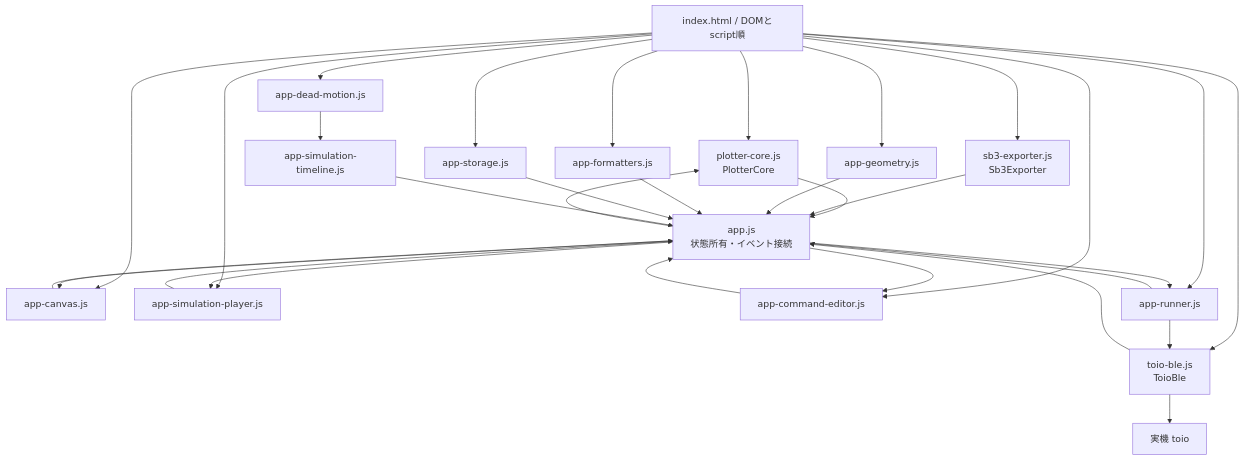
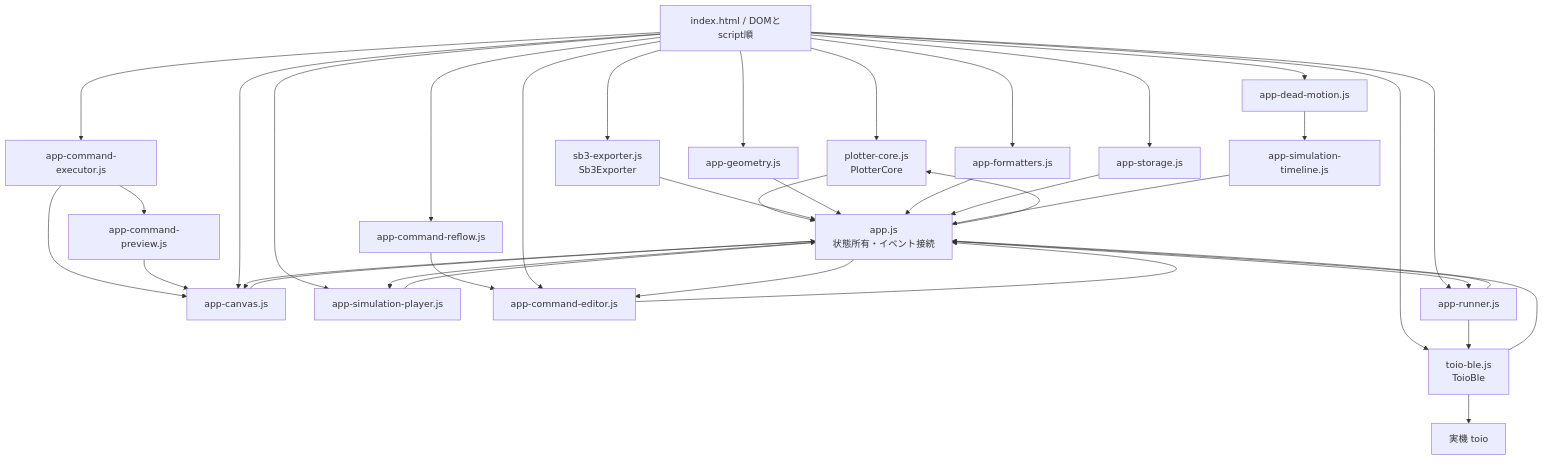
The first of 4 diagrams in docs/architecture.md (u-akira/toio-gcode-generator), drawn with Mermaid before and after one commit. The commit also changed other lines of this file and 12 other files, not shown here.

````diff
--- a/docs/architecture.md
+++ b/docs/architecture.md
@@ -22,36 +22,42 @@
 ```mermaid
 flowchart TD
   HTML[index.html / DOMとscript順]
   CORE[plotter-core.js\nPlotterCore]
   BLE[toio-ble.js\nToioBle]
   SB3[sb3-exporter.js\nSb3Exporter]
   GEO[app-geometry.js]
   FMT[app-formatters.js]
   STORE[app-storage.js]
   DEAD[app-dead-motion.js]
   CANVAS[app-canvas.js]
+  EXEC[app-command-executor.js]
+  PREVIEW[app-command-preview.js]
   TL[app-simulation-timeline.js]
   PLAYER[app-simulation-player.js]
+  REFLOW[app-command-reflow.js]
   EDITOR[app-command-editor.js]
   RUNNER[app-runner.js]
   APP[app.js\n状態所有・イベント接続]
   HW[実機 toio]
 
   HTML --> CORE --> APP
   HTML --> BLE --> APP
   HTML --> SB3 --> APP
   HTML --> GEO --> APP
   HTML --> FMT --> APP
   HTML --> STORE --> APP
   HTML --> DEAD --> TL --> APP
+  HTML --> EXEC --> CANVAS
+  EXEC --> PREVIEW --> CANVAS
+  HTML --> REFLOW --> EDITOR
   HTML --> CANVAS --> APP
   HTML --> PLAYER --> APP
   HTML --> EDITOR --> APP
   HTML --> RUNNER --> APP
   APP --> CORE
   APP --> CANVAS
   APP --> EDITOR
   APP --> PLAYER
   APP --> RUNNER
   RUNNER --> BLE --> HW
 ```
````
